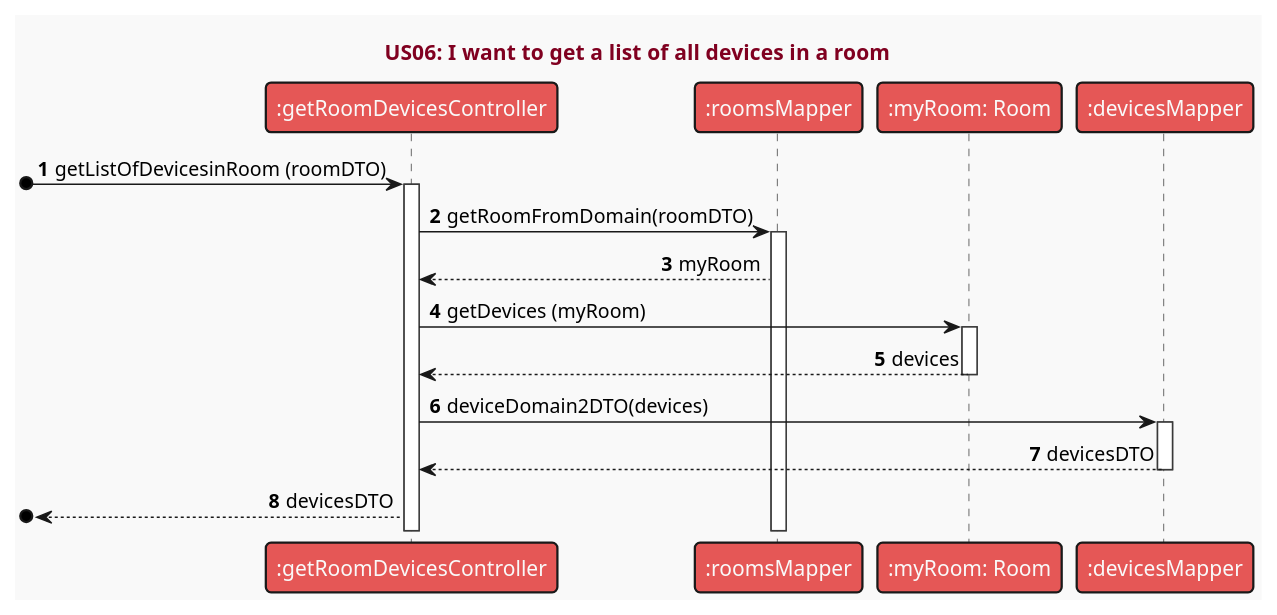
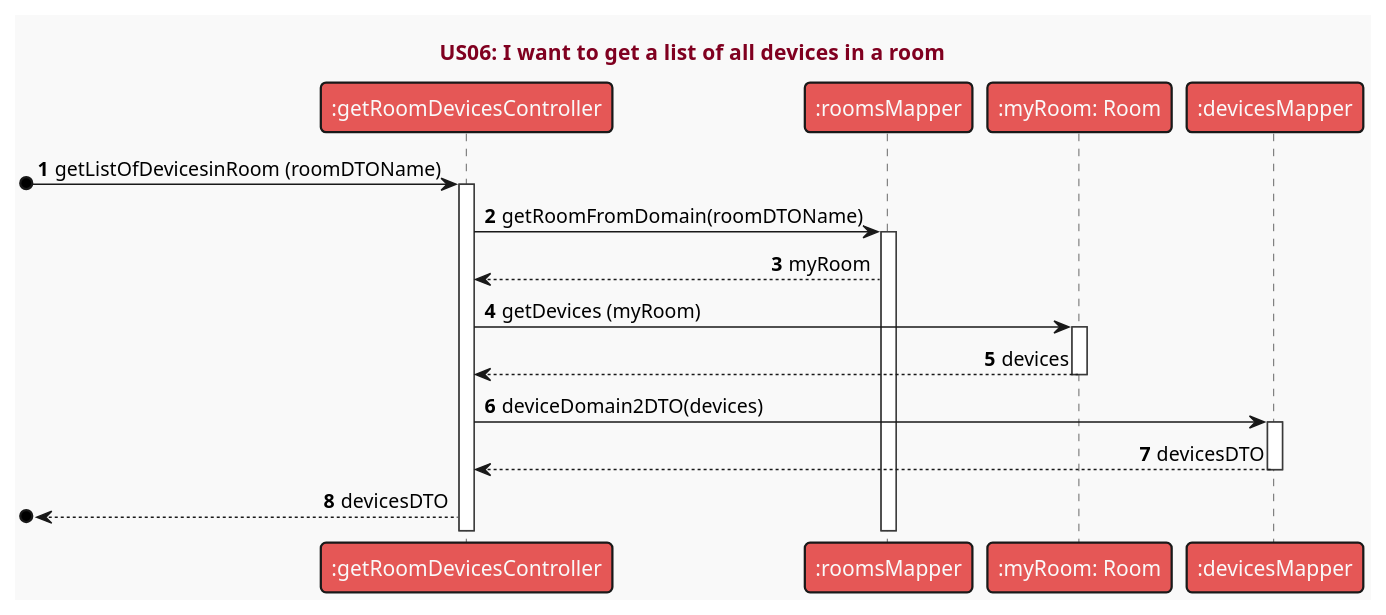
The diagram in src/main/java/pt/ipp/isep/dei/examples/basic/domain/SmartHome/UML/US06.puml (RicardoAraujoPT/SmartHome2), drawn with PlantUML before and after one commit. The commit also changed 3 other files, not shown here.

Commit message:
Updated USO6 diagram for roomDTOName, and javadocs for testing classes such as the USO6 controller, DeviceDTO and PC500W for group uniformizatin.

```diff
--- a/src/main/java/pt/ipp/isep/dei/examples/basic/domain/SmartHome/UML/US06.puml
+++ b/src/main/java/pt/ipp/isep/dei/examples/basic/domain/SmartHome/UML/US06.puml
@@ -1,36 +1,36 @@
 @startuml
 'https://plantuml.com/sequence-diagram
 
 !theme mars
 skinparam sequenceMessageAlign direction
 title <font color=#800020> US06:  I want to get a list of all devices in a room </font>
 
 autonumber
 
 participant ":getRoomDevicesController"
 participant ":roomsMapper"
 participant ":myRoom: Room"
 participant ":devicesMapper"
 
-[o-> ":getRoomDevicesController" :getListOfDevicesinRoom (roomDTO)
+[o-> ":getRoomDevicesController" :getListOfDevicesinRoom (roomDTOName)
 activate ":getRoomDevicesController"
 
-":getRoomDevicesController" -> ":roomsMapper" : getRoomFromDomain(roomDTO)
+":getRoomDevicesController" -> ":roomsMapper" : getRoomFromDomain(roomDTOName)
 activate ":roomsMapper"
 ":roomsMapper" --> ":getRoomDevicesController" : myRoom
 
 
 ":getRoomDevicesController" -> ":myRoom: Room" : getDevices (myRoom)
 activate ":myRoom: Room"
 ":myRoom: Room" --> ":getRoomDevicesController" : devices
 deactivate ":myRoom: Room"
 
 ":getRoomDevicesController" -> ":devicesMapper" : deviceDomain2DTO(devices)
 activate ":devicesMapper"
 
 ":devicesMapper" --> ":getRoomDevicesController" : devicesDTO
 deactivate ":devicesMapper"
 
 [o<-- ":getRoomDevicesController" : devicesDTO
 
 @enduml
```
